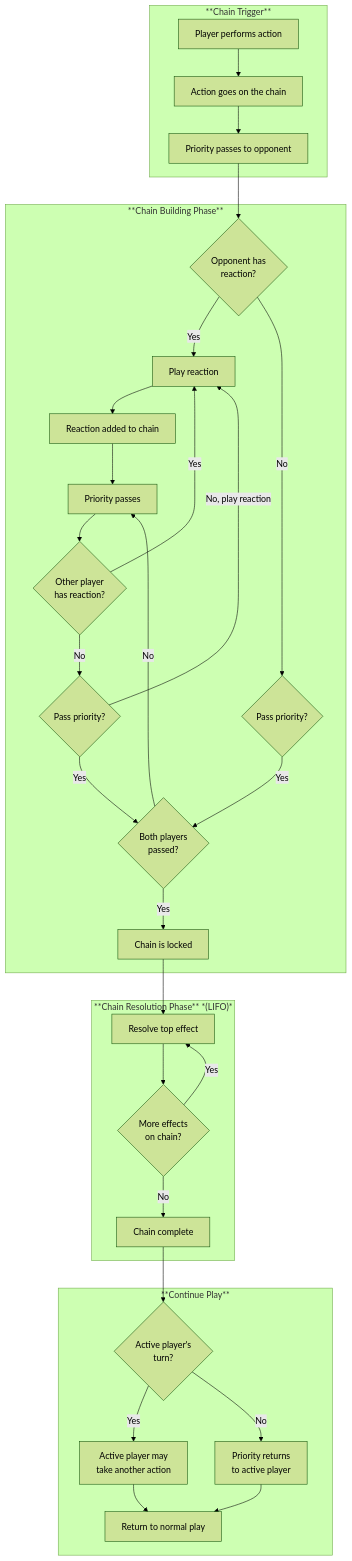
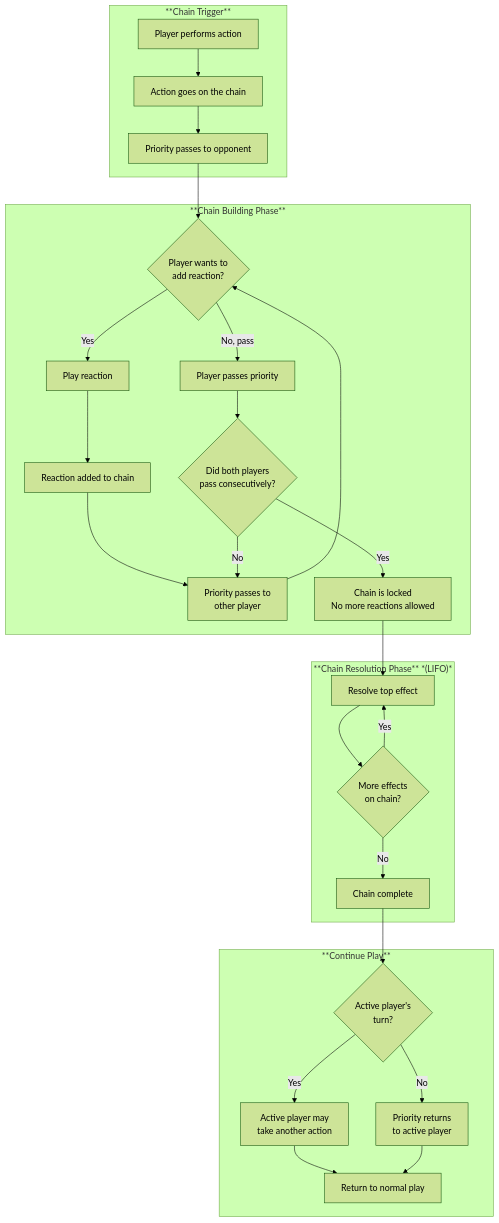
Before and after one commit to DirkWolthuis/card-game: the second of 2 diagrams in docs/game-design.md, drawn with Mermaid (forest theme). The commit also changed other lines of this file, not shown here.

Commit message:
Address code review feedback: clarify flowchart and remove undefined icon reference
- Simplified chain flowchart to show clearer exit condition (both players pass consecutively)
- Removed undefined "chain icon" reference from examples
- Updated examples to use clearer terms like "most activated abilities" and "abilities marked as reactions"

````diff
--- a/docs/game-design.md
+++ b/docs/game-design.md
@@ -215,38 +215,34 @@
 ```mermaid
 flowchart TD
     subgraph Trigger["**Chain Trigger**"]
         A[Player performs action] --> B[Action goes on the chain]
         B --> C[Priority passes to opponent]
     end
 
     subgraph Build["**Chain Building Phase**"]
-        C --> D{Opponent has<br/>reaction?}
+        C --> D{Player wants to<br/>add reaction?}
         D -->|Yes| E[Play reaction]
         E --> F[Reaction added to chain]
-        F --> G[Priority passes]
-        G --> H{Other player<br/>has reaction?}
-        H -->|Yes| E
-        H -->|No| I{Pass priority?}
-        D -->|No| J{Pass priority?}
-        I -->|No, play reaction| E
-        I -->|Yes| K{Both players<br/>passed?}
-        J -->|Yes| K
-        K -->|No| G
-        K -->|Yes| L[Chain is locked]
+        F --> G[Priority passes to<br/>other player]
+        G --> D
+        D -->|No, pass| H[Player passes priority]
+        H --> I{Did both players<br/>pass consecutively?}
+        I -->|No| G
+        I -->|Yes| L[Chain is locked<br/>No more reactions allowed]
     end
 
     subgraph Resolve["**Chain Resolution Phase** *(LIFO)*"]
         L --> M[Resolve top effect]
         M --> N{More effects<br/>on chain?}
         N -->|Yes| M
         N -->|No| O[Chain complete]
     end
 
     subgraph Continue["**Continue Play**"]
         O --> P{Active player's<br/>turn?}
         P -->|Yes| Q[Active player may<br/>take another action]
         P -->|No| R[Priority returns<br/>to active player]
         Q --> S[Return to normal play]
         R --> S
     end
 ```
````
